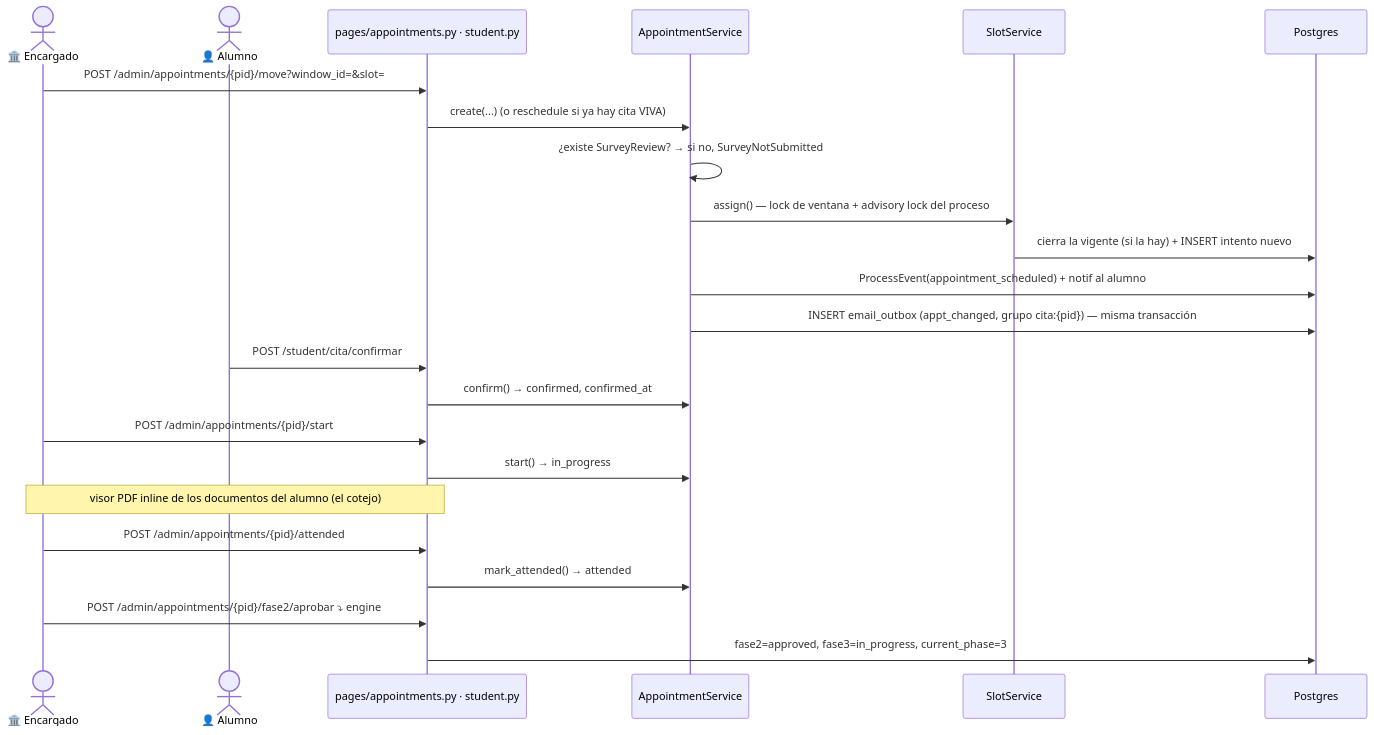
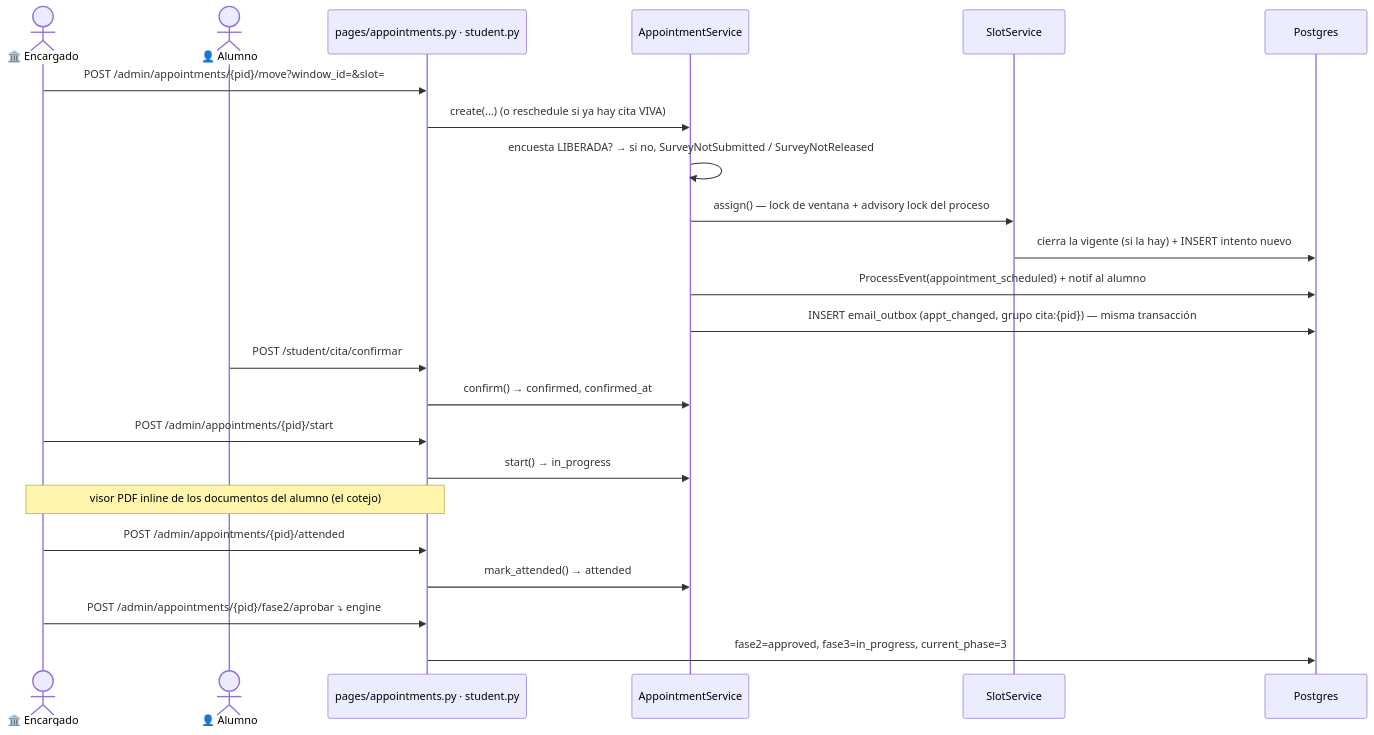
The diagram in itcj2/apps/titulatec/docs/flows/phase2_appointment_loop.md (Erne1357/itcj), drawn with Mermaid before and after one commit. The commit also changed other lines of this file and 2 other files, not shown here.

First line of the commit message:
docs(titulatec): flujos de cotejo con encuesta liberada, sin horario y varios días

````diff
--- a/itcj2/apps/titulatec/docs/flows/phase2_appointment_loop.md
+++ b/itcj2/apps/titulatec/docs/flows/phase2_appointment_loop.md
@@ -156,25 +190,25 @@
 ```mermaid
 sequenceDiagram
     actor S as 🏛️ Encargado
     actor U as 👤 Alumno
     participant API as pages/appointments.py · student.py
     participant SVC as AppointmentService
     participant SLOT as SlotService
     participant DB as Postgres
     S->>API: POST /admin/appointments/{pid}/move?window_id=&slot=
     API->>SVC: create(...) (o reschedule si ya hay cita VIVA)
-    SVC->>SVC: ¿existe SurveyReview? → si no, SurveyNotSubmitted
+    SVC->>SVC: encuesta LIBERADA? → si no, SurveyNotSubmitted / SurveyNotReleased
     SVC->>SLOT: assign() — lock de ventana + advisory lock del proceso
     SLOT->>DB: cierra la vigente (si la hay) + INSERT intento nuevo
     SVC->>DB: ProcessEvent(appointment_scheduled) + notif al alumno
     SVC->>DB: INSERT email_outbox (appt_changed, grupo cita:{pid}) — misma transacción
     U->>API: POST /student/cita/confirmar
     API->>SVC: confirm() → confirmed, confirmed_at
     S->>API: POST /admin/appointments/{pid}/start
     API->>SVC: start() → in_progress
     Note over S,API: visor PDF inline de los documentos del alumno (el cotejo)
     S->>API: POST /admin/appointments/{pid}/attended
     API->>SVC: mark_attended() → attended
     S->>API: POST /admin/appointments/{pid}/fase2/aprobar  ⤵ engine
     API->>DB: fase2=approved, fase3=in_progress, current_phase=3
 ```
````
